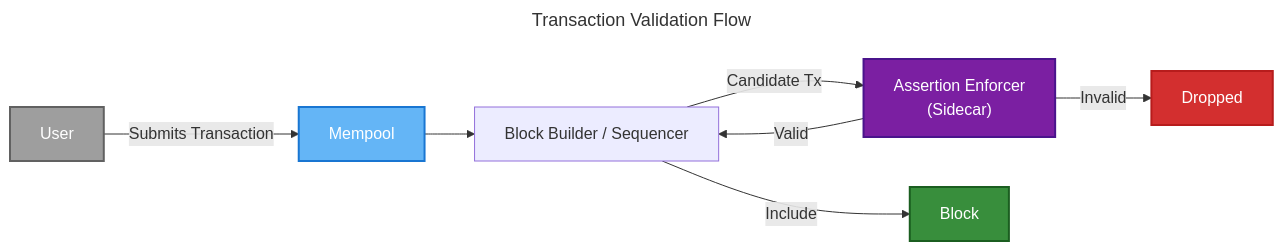
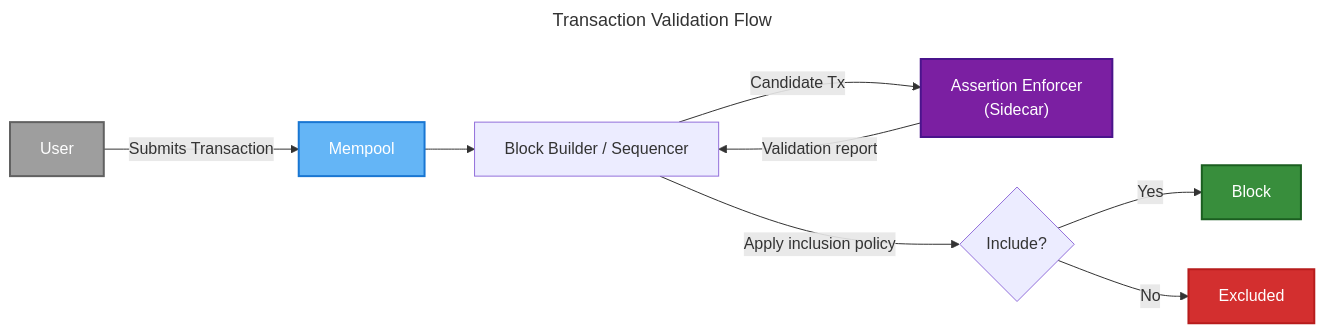
The second of 3 diagrams in credible/architecture-overview.mdx (phylaxsystems/phylax-docs), drawn with Mermaid before and after one commit. The commit also changed other lines of this file and 7 other files, not shown here.

````diff
--- a/credible/architecture-overview.mdx
+++ b/credible/architecture-overview.mdx
@@ -96,24 +96,25 @@
 ```mermaid
 ---
 title: Transaction Validation Flow
 ---
 flowchart LR
     USER["User"] -->|"Submits Transaction"| MP["Mempool"]
     MP --> BUILDER["Block Builder / Sequencer"]
     BUILDER -->|"Candidate Tx"| SIDECAR["Assertion Enforcer<br/>(Sidecar)"]
-    SIDECAR -->|"Valid"| BUILDER
-    SIDECAR -->|"Invalid"| DROP["Dropped"]
-    BUILDER -->|"Include"| BLOCK["Block"]
+    SIDECAR -->|"Validation report"| BUILDER
+    BUILDER -->|"Apply inclusion policy"| DECISION{"Include?"}
+    DECISION -->|"Yes"| BLOCK["Block"]
+    DECISION -->|"No"| EXCLUDE["Excluded"]
 
     classDef user fill:#9e9e9e,stroke:#616161,stroke-width:2px,color:#fff
     classDef mempool fill:#64b5f6,stroke:#1976d2,stroke-width:2px,color:#fff
     classDef sidecar fill:#7b1fa2,stroke:#4a148c,stroke-width:2px,color:#fff
     classDef valid fill:#388e3c,stroke:#1b5e20,stroke-width:2px,color:#fff
     classDef invalid fill:#d32f2f,stroke:#b71c1c,stroke-width:2px,color:#fff
 
     class USER user
     class MP mempool
     class SIDECAR sidecar
     class BLOCK valid
-    class DROP invalid
+    class EXCLUDE invalid
 ```
````
